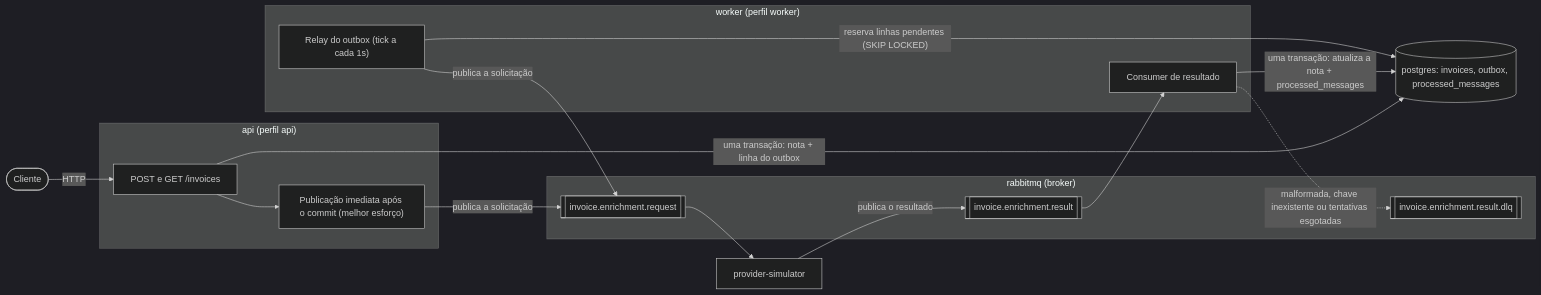
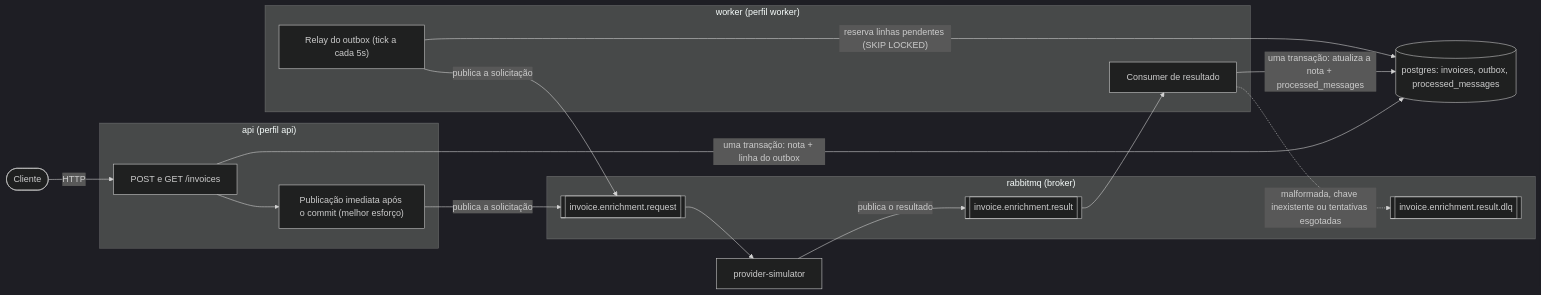
The first of 7 diagrams in docs/flow.md (Matheus-Bezerra/invoice-processing-pipeline), drawn with Mermaid (dark theme) before and after one commit. The commit also changed other lines of this file and 4 other files, not shown here.

Commit message:
docs: update relay tick duration to 5s and refine publication process details

````diff
--- a/docs/flow.md
+++ b/docs/flow.md
@@ -10,35 +10,35 @@
 ```mermaid
 flowchart LR
     client([Cliente])
 
     subgraph api_svc["api (perfil api)"]
         controller["POST e GET /invoices"]
         immediate["Publicação imediata após o commit (melhor esforço)"]
     end
 
     subgraph worker_svc["worker (perfil worker)"]
-        relay["Relay do outbox (tick a cada 1s)"]
+        relay["Relay do outbox (tick a cada 5s)"]
         consumer["Consumer de resultado"]
     end
 
     subgraph broker["rabbitmq (broker)"]
         reqq[["invoice.enrichment.request"]]
         resq[["invoice.enrichment.result"]]
         dlq[["invoice.enrichment.result.dlq"]]
     end
 
     db[("postgres: invoices, outbox, processed_messages")]
     provider["provider-simulator"]
 
     client -->|"HTTP"| controller
     controller -->|"uma transação: nota + linha do outbox"| db
     controller --> immediate
     immediate -->|"publica a solicitação"| reqq
     relay -->|"reserva linhas pendentes (SKIP LOCKED)"| db
     relay -->|"publica a solicitação"| reqq
     reqq --> provider
     provider -->|"publica o resultado"| resq
     resq --> consumer
     consumer -->|"uma transação: atualiza a nota + processed_messages"| db
     consumer -.->|"malformada, chave inexistente ou tentativas esgotadas"| dlq
 ```
````
